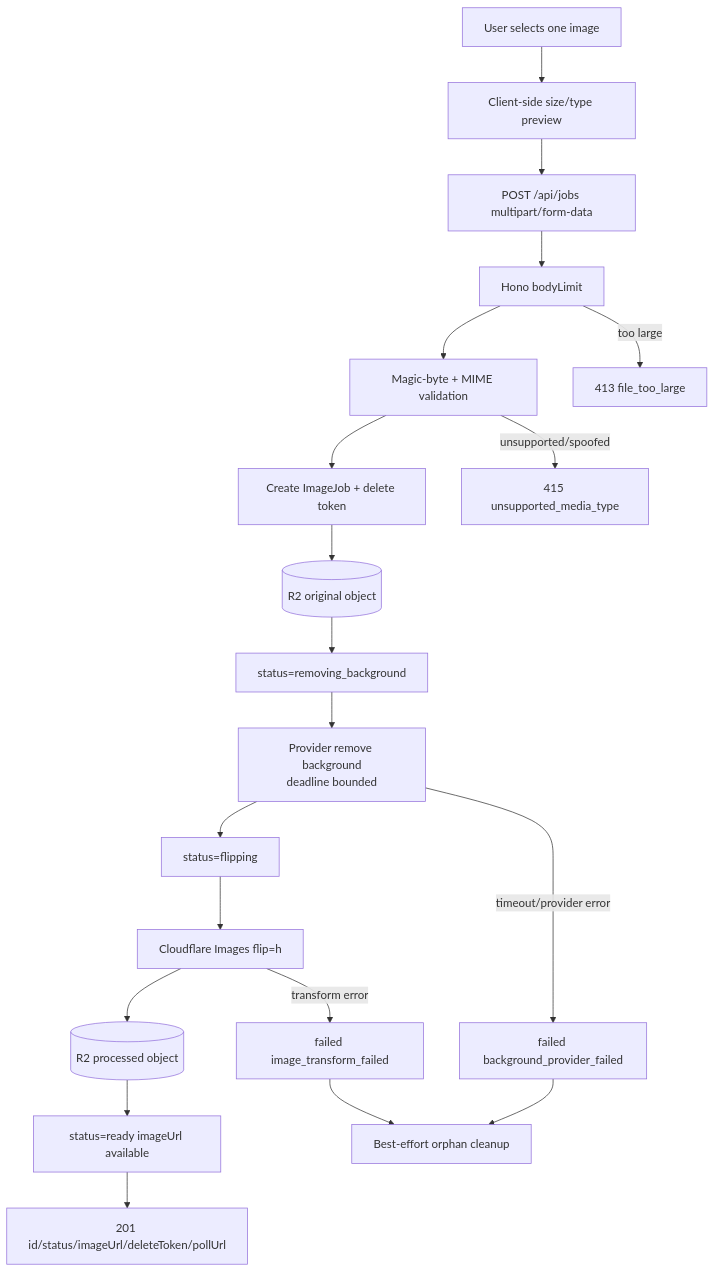
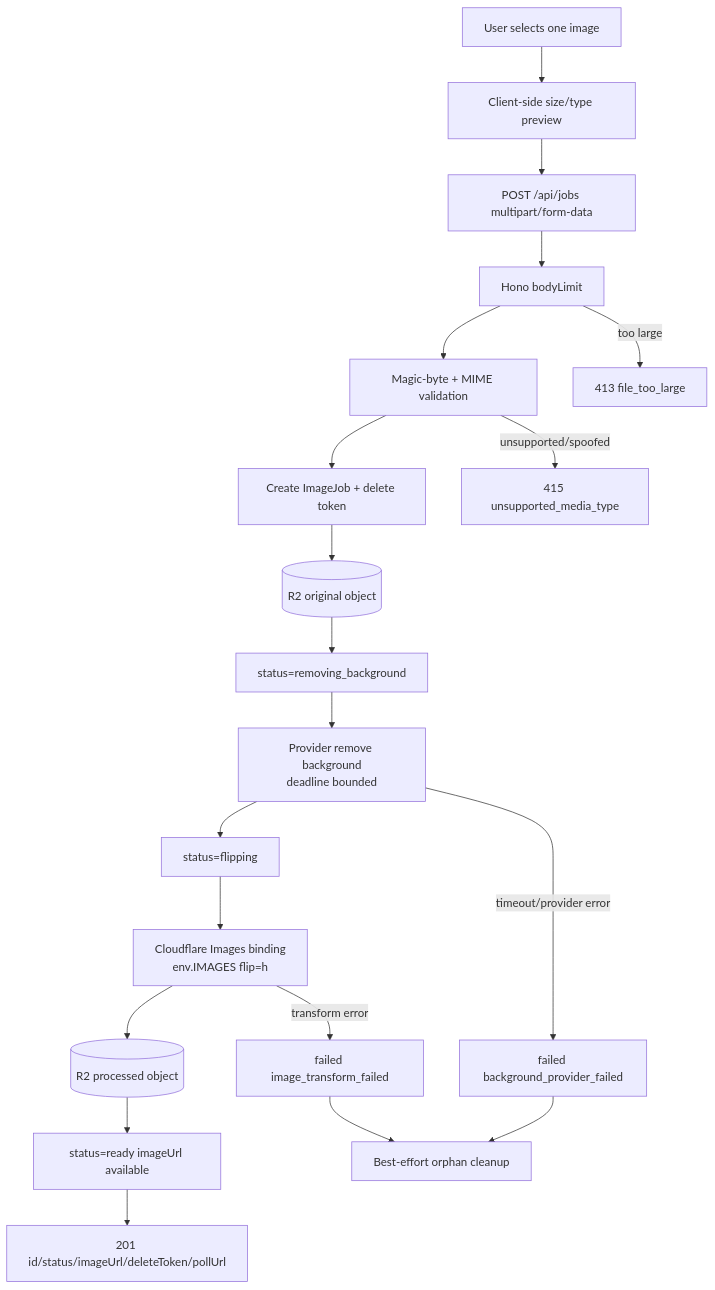
Before and after one commit to ozby/edge-matte: the second of 10 diagrams in docs/architecture.md, drawn with Mermaid. The commit also changed other lines of this file and 57 other files, not shown here.

````diff
--- a/docs/architecture.md
+++ b/docs/architecture.md
@@ -50,23 +51,23 @@
 ```mermaid
 flowchart TD
     START[User selects one image] --> CLIENT_VALIDATE[Client-side size/type preview]
     CLIENT_VALIDATE --> POST[POST /api/jobs multipart/form-data]
     POST --> LIMIT[Hono bodyLimit]
     LIMIT --> MAGIC[Magic-byte + MIME validation]
     MAGIC --> JOB_CREATE[Create ImageJob + delete token]
     JOB_CREATE --> STORE_ORIGINAL[(R2 original object)]
     STORE_ORIGINAL --> BG_STATUS[status=removing_background]
     BG_STATUS --> BG_CALL[Provider remove background<br/>deadline bounded]
     BG_CALL --> FLIP_STATUS[status=flipping]
-    FLIP_STATUS --> FLIP[Cloudflare Images flip=h]
+    FLIP_STATUS --> FLIP[Cloudflare Images binding<br/>env.IMAGES flip=h]
     FLIP --> STORE_PROCESSED[(R2 processed object)]
     STORE_PROCESSED --> READY[status=ready imageUrl available]
     READY --> RESPONSE[201 id/status/imageUrl/deleteToken/pollUrl]
 
     LIMIT -->|too large| ERR_413[413 file_too_large]
     MAGIC -->|unsupported/spoofed| ERR_415[415 unsupported_media_type]
     BG_CALL -->|timeout/provider error| FAIL_PROVIDER[failed background_provider_failed]
     FLIP -->|transform error| FAIL_TRANSFORM[failed image_transform_failed]
     FAIL_PROVIDER --> CLEANUP[Best-effort orphan cleanup]
     FAIL_TRANSFORM --> CLEANUP
 ```
````
